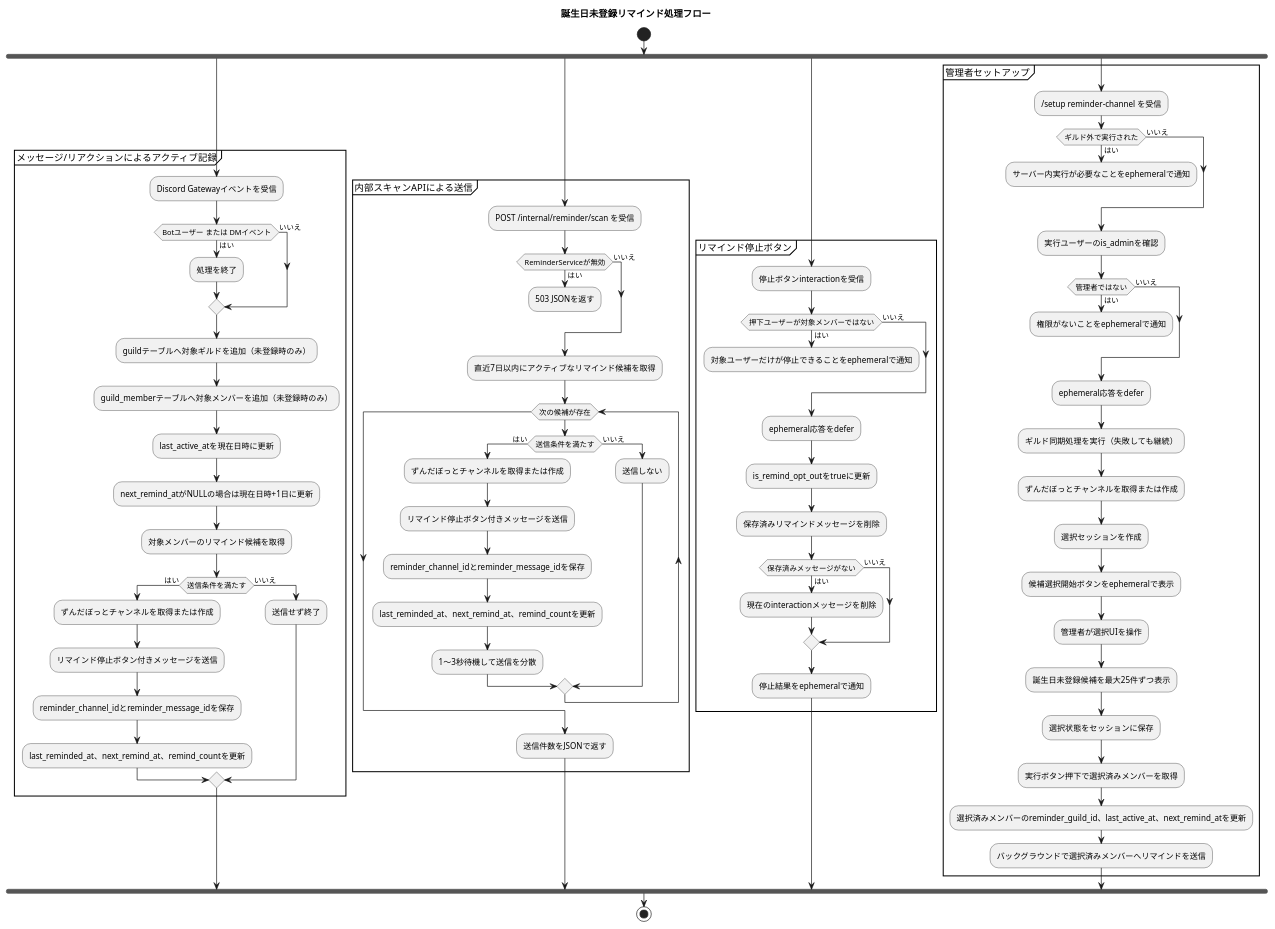
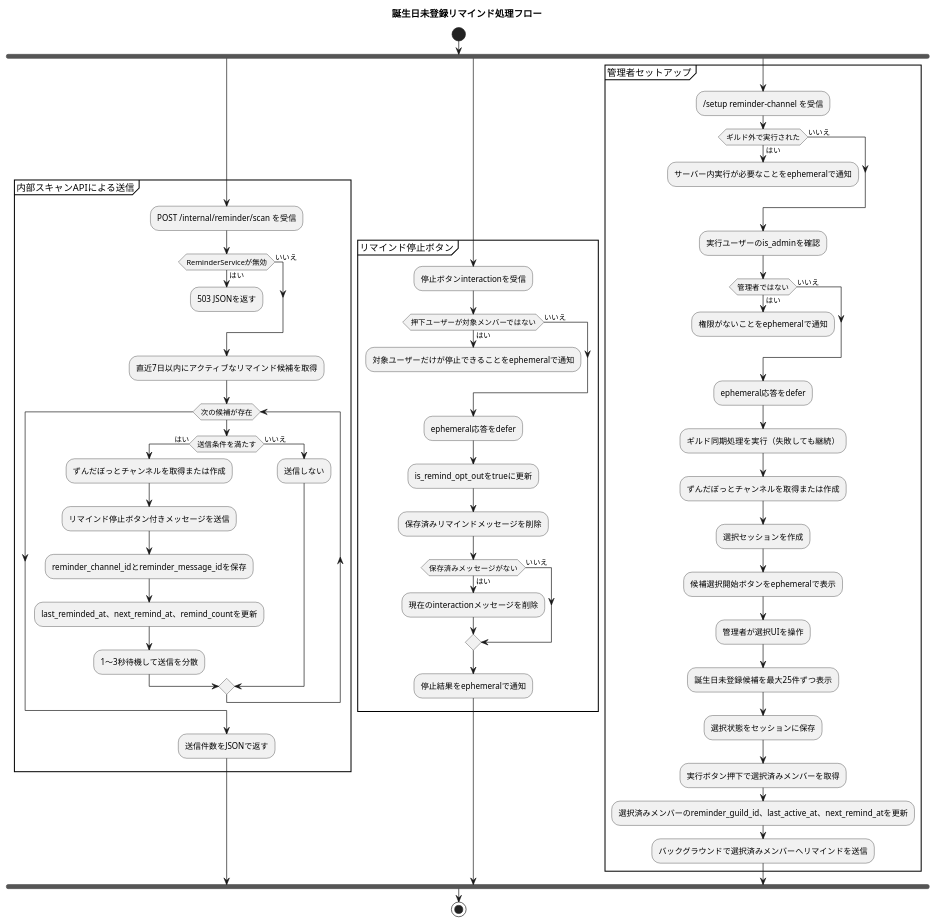
One commit to novum-d/zunda-bot-rs changed the diagram in docs/uml/birth_未登録リマインド.puml. Above: the diagram before and after it, drawn with PlantUML. The commit also changed 18 other files, not shown here.

```diff
--- a/docs/uml/birth_未登録リマインド.puml
+++ b/docs/uml/birth_未登録リマインド.puml
@@ -1,114 +1,89 @@
 @startuml
 title 誕生日未登録リマインド処理フロー
 
 ' --- 前提となる仕様 ----------------------
-' - BotユーザーとDMのアクティビティは記録しない
 ' - リマインド対象は誕生日未登録、停止していない、送信回数5回未満のメンバー
-' - アクティブ判定は直近7日以内のメッセージまたはリアクションで行う
+' - アクティブ判定はDBに保存済みのlast_active_atを使う
 ' - 同一メンバーへの送信間隔は24時間以上空ける
 ' ---------------------------------------
 
 start
 
 fork
-partition "メッセージ/リアクションによるアクティブ記録" {
-  :Discord Gatewayイベントを受信;
-  if (Botユーザー または DMイベント) is (はい) then
-    :処理を終了;
-  else (いいえ)
-  endif
-
-  :guildテーブルへ対象ギルドを追加（未登録時のみ）;
-  :guild_memberテーブルへ対象メンバーを追加（未登録時のみ）;
-  :last_active_atを現在日時に更新;
-  :next_remind_atがNULLの場合は現在日時+1日に更新;
-
-  :対象メンバーのリマインド候補を取得;
-  if (送信条件を満たす) is (はい) then
-    :ずんだぼっとチャンネルを取得または作成;
-    :リマインド停止ボタン付きメッセージを送信;
-    :reminder_channel_idとreminder_message_idを保存;
-    :last_reminded_at、next_remind_at、remind_countを更新;
-  else (いいえ)
-    :送信せず終了;
-  endif
-}
-
-fork again
 partition "内部スキャンAPIによる送信" {
   :POST /internal/reminder/scan を受信;
   if (ReminderServiceが無効) is (はい) then
     :503 JSONを返す;
     detach
   else (いいえ)
   endif
 
   :直近7日以内にアクティブなリマインド候補を取得;
   while (次の候補が存在)
     if (送信条件を満たす) is (はい) then
       :ずんだぼっとチャンネルを取得または作成;
       :リマインド停止ボタン付きメッセージを送信;
       :reminder_channel_idとreminder_message_idを保存;
       :last_reminded_at、next_remind_at、remind_countを更新;
       :1〜3秒待機して送信を分散;
     else (いいえ)
       :送信しない;
     endif
   endwhile
   :送信件数をJSONで返す;
 }
 
 fork again
 partition "リマインド停止ボタン" {
   :停止ボタンinteractionを受信;
   if (押下ユーザーが対象メンバーではない) is (はい) then
     :対象ユーザーだけが停止できることをephemeralで通知;
     detach
   else (いいえ)
   endif
 
   :ephemeral応答をdefer;
   :is_remind_opt_outをtrueに更新;
   :保存済みリマインドメッセージを削除;
   if (保存済みメッセージがない) is (はい) then
     :現在のinteractionメッセージを削除;
   else (いいえ)
   endif
   :停止結果をephemeralで通知;
 }
 
 fork again
 partition "管理者セットアップ" {
   :/setup reminder-channel を受信;
   if (ギルド外で実行された) is (はい) then
     :サーバー内実行が必要なことをephemeralで通知;
     detach
   else (いいえ)
   endif
 
   :実行ユーザーのis_adminを確認;
   if (管理者ではない) is (はい) then
     :権限がないことをephemeralで通知;
     detach
   else (いいえ)
   endif
 
   :ephemeral応答をdefer;
   :ギルド同期処理を実行（失敗しても継続）;
   :ずんだぼっとチャンネルを取得または作成;
   :選択セッションを作成;
   :候補選択開始ボタンをephemeralで表示;
 
   :管理者が選択UIを操作;
   :誕生日未登録候補を最大25件ずつ表示;
   :選択状態をセッションに保存;
   :実行ボタン押下で選択済みメンバーを取得;
   :選択済みメンバーのreminder_guild_id、last_active_at、next_remind_atを更新;
   :バックグラウンドで選択済みメンバーへリマインドを送信;
 }
 
 end fork
 
 stop
 
 @enduml
```
